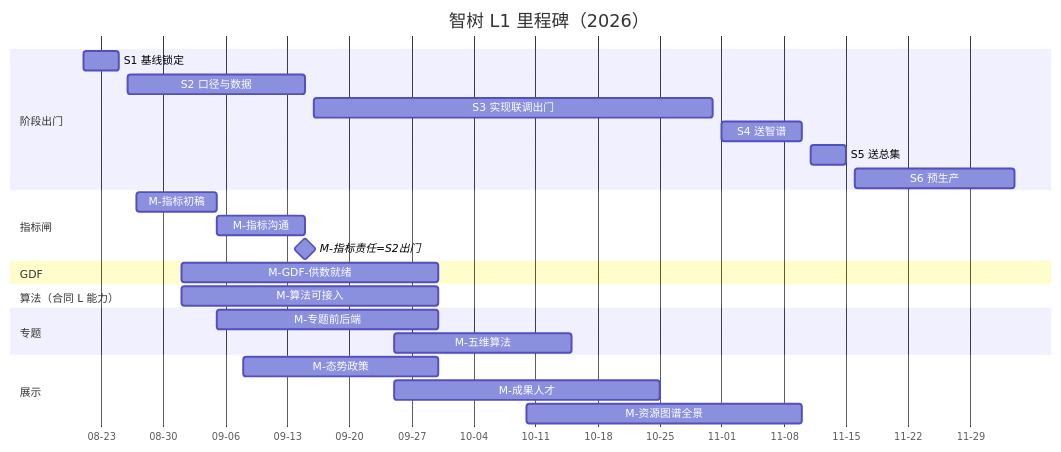
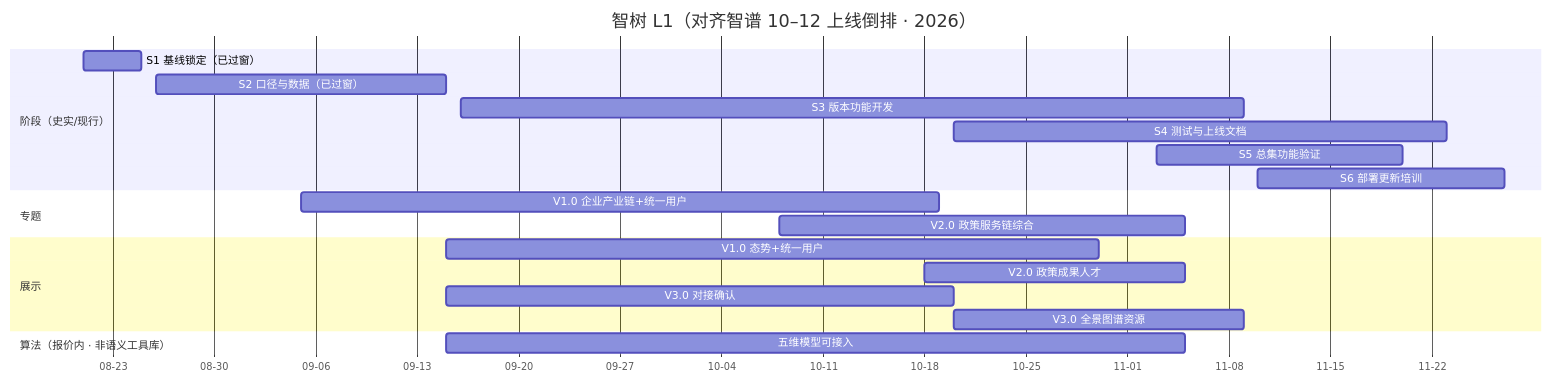
One commit to Marisolebxf/- changed the diagram in agent-delivery/工程过程/02-策划与监控/02-智树工作计划/02-进度/02-进度.md. Above: the diagram before and after it, drawn with Mermaid. The commit also changed other lines of this file and 17 other files, not shown here.

````diff
--- a/agent-delivery/工程过程/02-策划与监控/02-智树工作计划/02-进度/02-进度.md
+++ b/agent-delivery/工程过程/02-策划与监控/02-智树工作计划/02-进度/02-进度.md
@@ -15,41 +19,36 @@
 ```mermaid
 ---
 config:
   gantt:
     useMaxWidth: true
+    useWidth: 1600
+  themeCSS: "svg { max-width: none !important; width: 100% !important; height: auto !important; }"
   themeVariables:
     fontSize: 14px
 ---
 gantt
-    title 智树 L1 里程碑（2026）
+    title 智树 L1（对齐智谱 10–12 上线倒排 · 2026）
     dateFormat YYYY-MM-DD
     axisFormat %m-%d
 
-    section 阶段出门
-    S1 基线锁定           :s1, 2026-08-21, 2026-08-25
-    S2 口径与数据         :s2, 2026-08-26, 2026-09-15
-    S3 实现联调出门       :s3, 2026-09-16, 2026-10-31
-    S4 送智谱             :s4, 2026-11-01, 2026-11-10
-    S5 送总集             :s5, 2026-11-11, 2026-11-15
-    S6 预生产             :s6, 2026-11-16, 2026-12-04
-
-    section 指标闸
-    M-指标初稿            :m1, 2026-08-27, 2026-09-05
-    M-指标沟通            :m2, 2026-09-05, 2026-09-15
-    M-指标责任=S2出门     :milestone, m3, 2026-09-15, 0d
-
-    section GDF
-    M-GDF-供数就绪        :mg, 2026-09-01, 2026-09-30
-
-    section 算法（合同 L 能力）
-    M-算法可接入          :ma, 2026-09-01, 2026-09-30
+    section 阶段（史实/现行）
+    S1 基线锁定（已过窗）     :s1, 2026-08-21, 2026-08-25
+    S2 口径与数据（已过窗）   :s2, 2026-08-26, 2026-09-15
+    S3 版本功能开发           :s3, 2026-09-16, 2026-11-09
+    S4 测试与上线文档         :s4, 2026-10-20, 2026-11-23
+    S5 总集功能验证           :s5, 2026-11-03, 2026-11-20
+    S6 部署更新培训           :s6, 2026-11-10, 2026-11-27
 
     section 专题
-    M-专题前后端          :mt1, 2026-09-05, 2026-09-30
-    M-五维算法            :mt2, 2026-09-25, 2026-10-15
+    V1.0 企业产业链+统一用户  :tv1, 2026-09-05, 2026-10-19
+    V2.0 政策服务链综合       :tv2, 2026-10-08, 2026-11-05
 
     section 展示
-    M-态势政策            :md1, 2026-09-08, 2026-09-30
-    M-成果人才            :md2, 2026-09-25, 2026-10-25
-    M-资源图谱全景        :md3, 2026-10-10, 2026-11-10
+    V1.0 态势+统一用户        :dv1, 2026-09-15, 2026-10-30
+    V2.0 政策成果人才         :dv2, 2026-10-18, 2026-11-05
+    V3.0 对接确认             :dv3a, 2026-09-15, 2026-10-20
+    V3.0 全景图谱资源         :dv3b, 2026-10-20, 2026-11-09
+
+    section 算法（报价内 · 非语义工具库）
+    五维模型可接入            :algo, 2026-09-15, 2026-11-05
 ```
````
